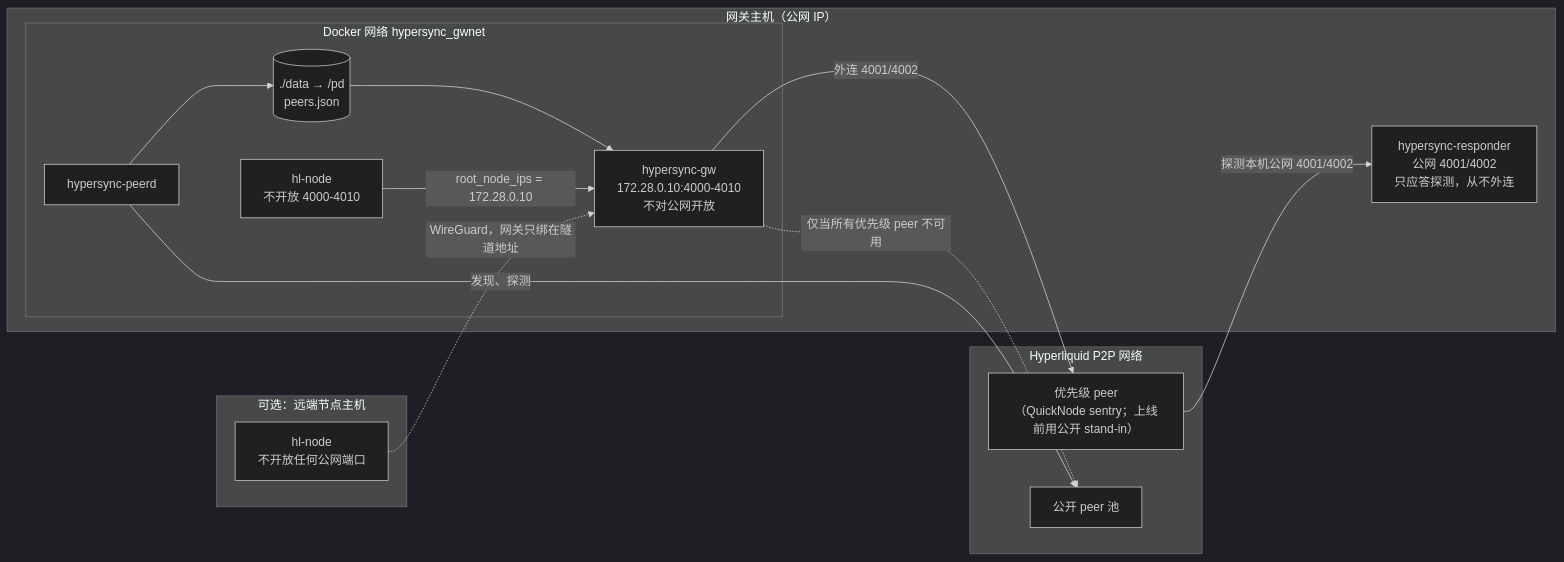
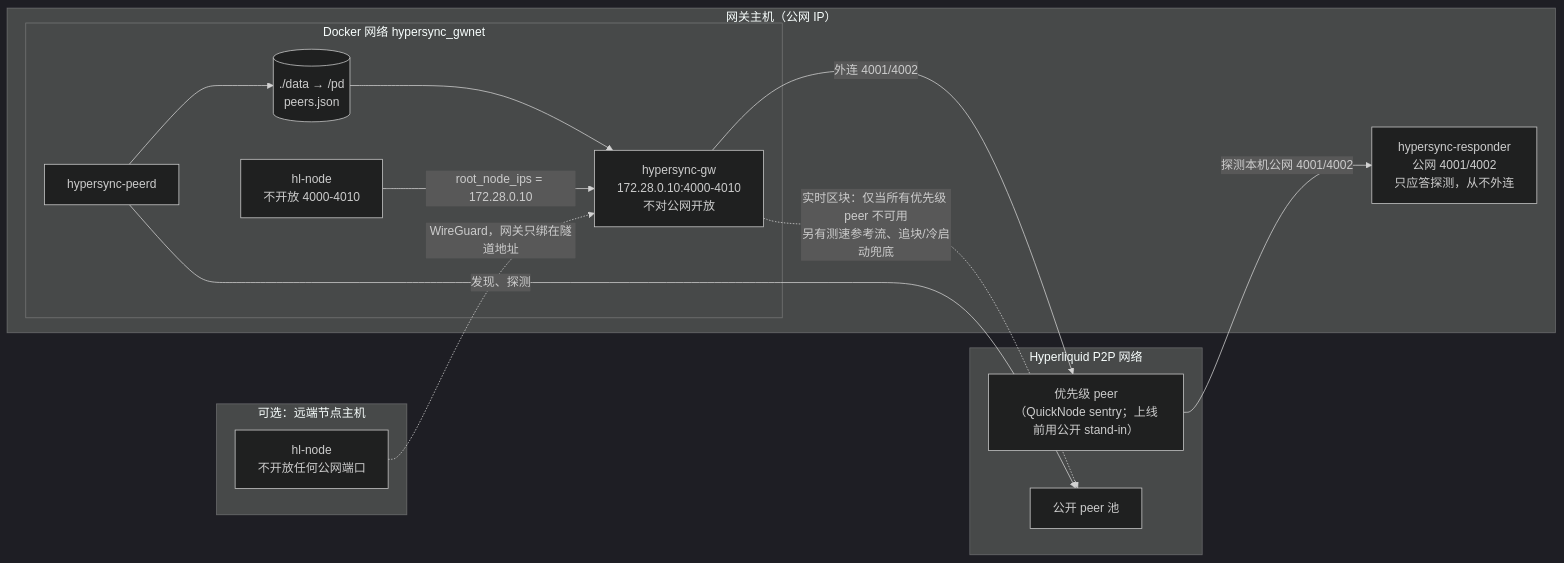
One commit to bufrr/hypersync changed the diagram in docs/deploy-existing-hlnode.md. Above: the diagram before and after it, drawn with Mermaid (dark theme). The commit also changed other lines of this file, not shown here.

First line of the commit message:
docs: fix the deployment guide's overlay, rollback and pool claims

````diff
--- a/docs/deploy-existing-hlnode.md
+++ b/docs/deploy-existing-hlnode.md
@@ -9,29 +9,29 @@
 ```mermaid
 flowchart LR
   subgraph NET["Hyperliquid P2P 网络"]
     PRIO["优先级 peer<br/>（QuickNode sentry；上线前用公开 stand-in）"]
     POOL["公开 peer 池"]
   end
 
   subgraph H["网关主机（公网 IP）"]
     RESP["hypersync-responder<br/>公网 4001/4002<br/>只应答探测，从不外连"]
     subgraph GNET["Docker 网络 hypersync_gwnet"]
       GW["hypersync-gw<br/>172.28.0.10:4000-4010<br/>不对公网开放"]
       PEERD["hypersync-peerd"]
       PD[("./data → /pd<br/>peers.json")]
       NODE["hl-node<br/>不开放 4000-4010"]
     end
   end
 
   subgraph R["可选：远端节点主机"]
     RNODE["hl-node<br/>不开放任何公网端口"]
   end
 
   PRIO -- "探测本机公网 4001/4002" --> RESP
   GW -- "外连 4001/4002" --> PRIO
-  GW -. "仅当所有优先级 peer 不可用" .-> POOL
+  GW -. "实时区块：仅当所有优先级 peer 不可用<br/>另有测速参考流、追块/冷启动兜底" .-> POOL
   PEERD -- "发现、探测" --> POOL
   PEERD --> PD --> GW
   NODE -- "root_node_ips = 172.28.0.10" --> GW
   RNODE -. "WireGuard，网关只绑在隧道地址" .-> GW
 ```
````
